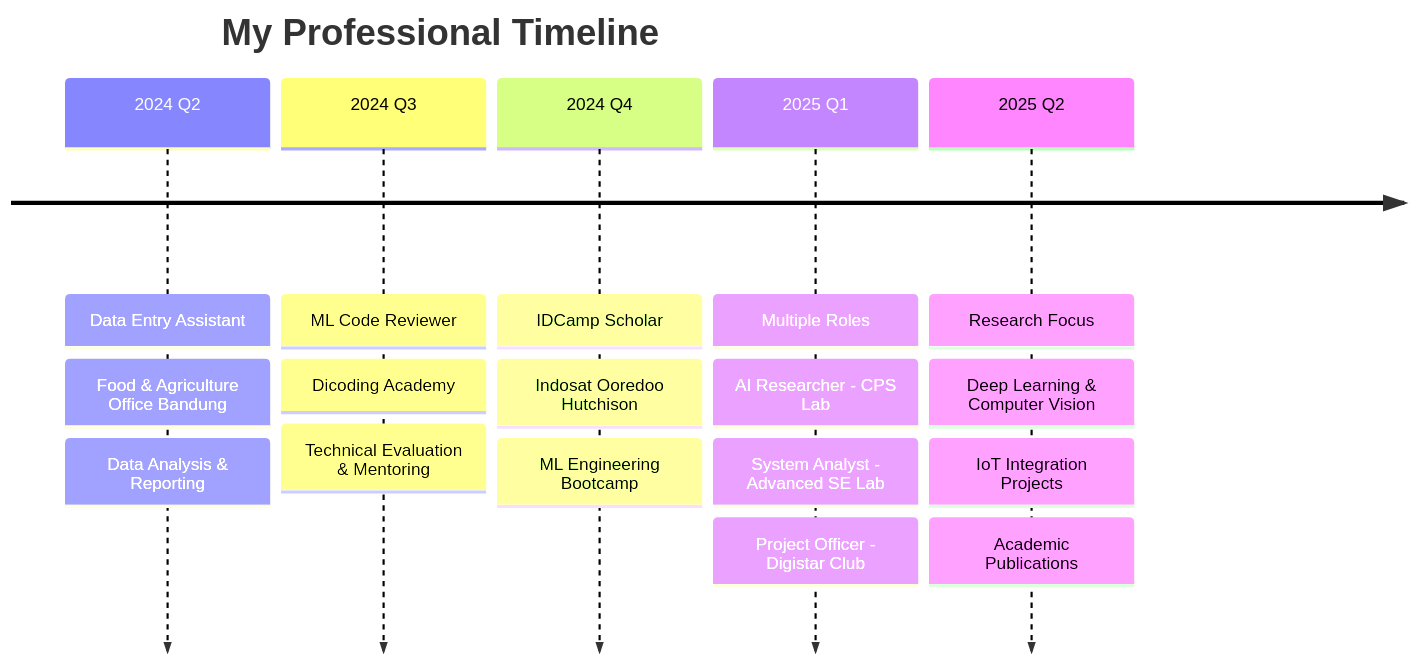
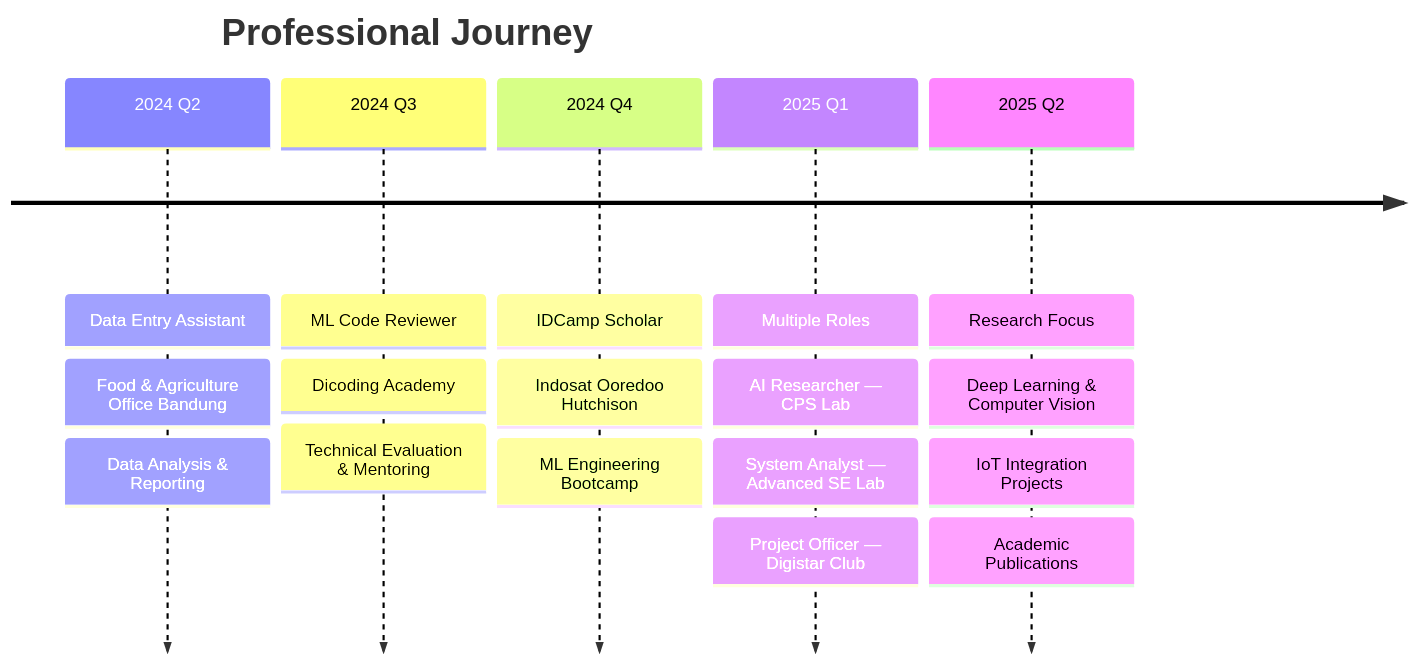
The second of 2 diagrams in README.md (Arfazrll/Arfazrll), drawn with Mermaid before and after one commit. The commit also changed other lines of this file, not shown here.

````diff
--- a/README.md
+++ b/README.md
@@ -111,26 +119,26 @@
 ```mermaid
 timeline
-    title My Professional Timeline
-    
+    title Professional Journey
+
     2024 Q2 : Data Entry Assistant
             : Food & Agriculture Office Bandung
             : Data Analysis & Reporting
-    
+
     2024 Q3 : ML Code Reviewer
             : Dicoding Academy
             : Technical Evaluation & Mentoring
-    
+
     2024 Q4 : IDCamp Scholar
             : Indosat Ooredoo Hutchison
             : ML Engineering Bootcamp
-    
+
     2025 Q1 : Multiple Roles
-            : AI Researcher - CPS Lab
-            : System Analyst - Advanced SE Lab
-            : Project Officer - Digistar Club
-    
+            : AI Researcher — CPS Lab
+            : System Analyst — Advanced SE Lab
+            : Project Officer — Digistar Club
+
     2025 Q2 : Research Focus
             : Deep Learning & Computer Vision
             : IoT Integration Projects
             : Academic Publications
 ```
````
